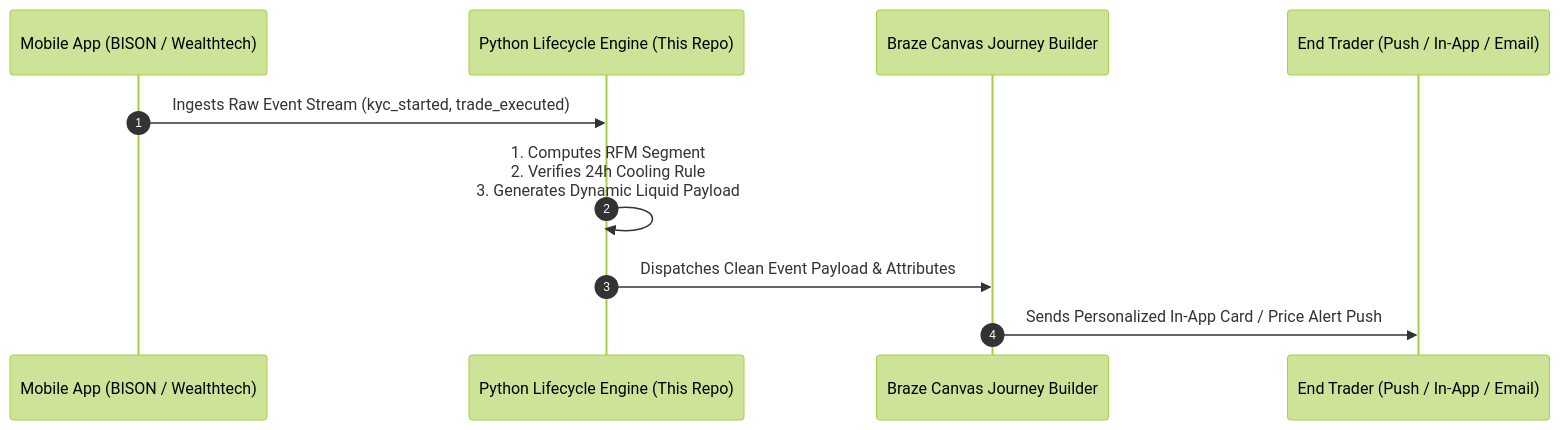
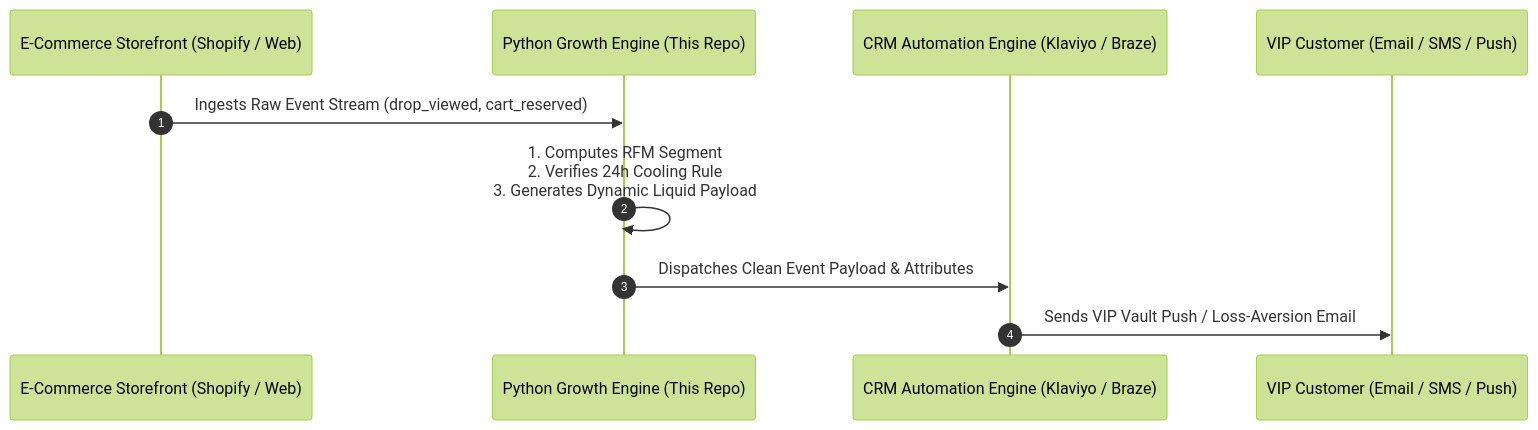
The diagram in README.md (Faizan021/growth-intelligence-engine), drawn with Mermaid (forest theme) before and after one commit. The commit also changed other lines of this file, not shown here.

````diff
--- a/README.md
+++ b/README.md
@@ -26,13 +28,13 @@
 ```mermaid
 sequenceDiagram
     autonumber
-    participant App as Mobile App (BISON / Wealthtech)
-    participant Engine as Python Lifecycle Engine (This Repo)
-    participant Braze as Braze Canvas Journey Builder
-    participant User as End Trader (Push / In-App / Email)
+    participant Store as E-Commerce Storefront (Shopify / Web)
+    participant Engine as Python Growth Engine (This Repo)
+    participant CRM as CRM Automation Engine (Klaviyo / Braze)
+    participant Member as VIP Customer (Email / SMS / Push)
 
-    App->>Engine: Ingests Raw Event Stream (kyc_started, trade_executed)
+    Store->>Engine: Ingests Raw Event Stream (drop_viewed, cart_reserved)
     Engine->>Engine: 1. Computes RFM Segment<br>2. Verifies 24h Cooling Rule<br>3. Generates Dynamic Liquid Payload
-    Engine->>Braze: Dispatches Clean Event Payload & Attributes
-    Braze->>User: Sends Personalized In-App Card / Price Alert Push
+    Engine->>CRM: Dispatches Clean Event Payload & Attributes
+    CRM->>Member: Sends VIP Vault Push / Loss-Aversion Email
 ```
````
